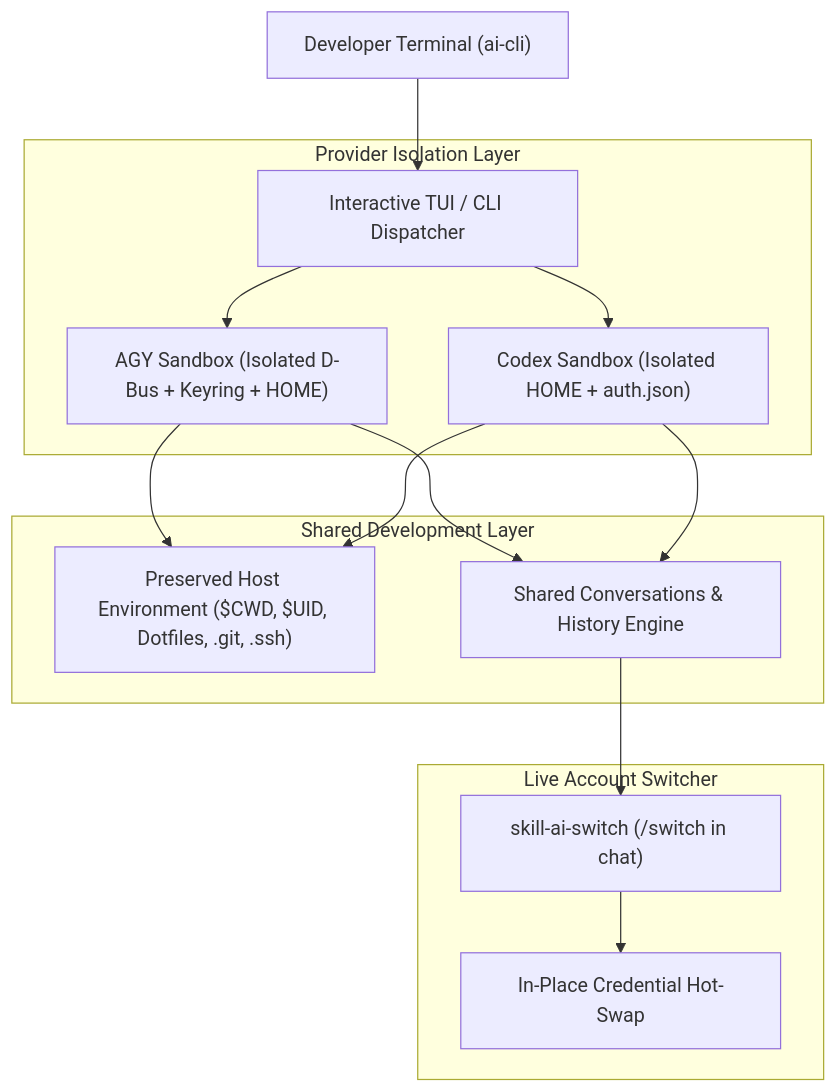
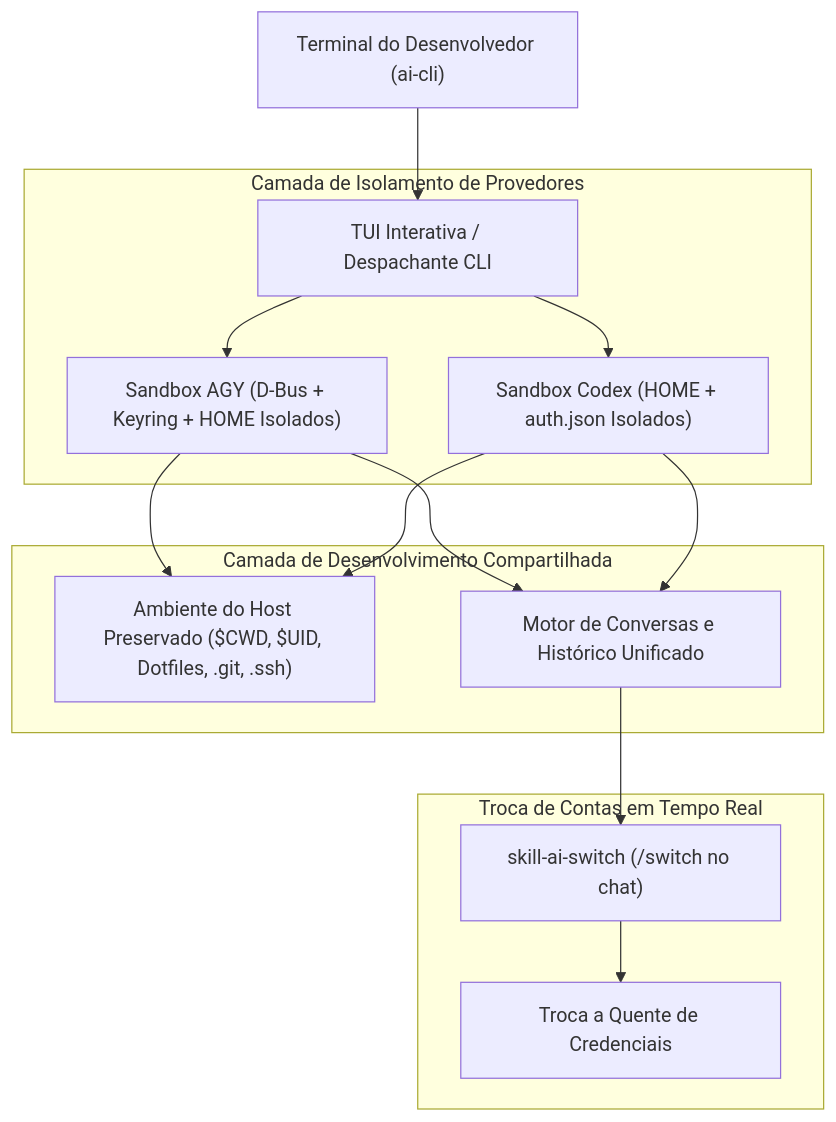
One commit to kivervinicius/ai-cli changed the diagram in README.md. Above: the diagram before and after it, drawn with Mermaid. The commit also changed other lines of this file and 1 other file, not shown here.

````diff
--- a/README.md
+++ b/README.md
@@ -162,21 +166,21 @@
 ```mermaid
 graph TD
-    User["Developer Terminal (ai-cli)"] --> TUI["Interactive TUI / CLI Dispatcher"]
+    User["Terminal do Desenvolvedor (ai-cli)"] --> TUI["TUI Interativa / Despachante CLI"]
     
-    subgraph "Provider Isolation Layer"
-        TUI --> AGY_Sand["AGY Sandbox (Isolated D-Bus + Keyring + HOME)"]
-        TUI --> CDX_Sand["Codex Sandbox (Isolated HOME + auth.json)"]
+    subgraph "Camada de Isolamento de Provedores"
+        TUI --> AGY_Sand["Sandbox AGY (D-Bus + Keyring + HOME Isolados)"]
+        TUI --> CDX_Sand["Sandbox Codex (HOME + auth.json Isolados)"]
     end
     
-    subgraph "Shared Development Layer"
-        AGY_Sand --> HostEnv["Preserved Host Environment ($CWD, $UID, Dotfiles, .git, .ssh)"]
+    subgraph "Camada de Desenvolvimento Compartilhada"
+        AGY_Sand --> HostEnv["Ambiente do Host Preservado ($CWD, $UID, Dotfiles, .git, .ssh)"]
         CDX_Sand --> HostEnv
-        AGY_Sand --> ConvEngine["Shared Conversations & History Engine"]
+        AGY_Sand --> ConvEngine["Motor de Conversas e Histórico Unificado"]
         CDX_Sand --> ConvEngine
     end
     
-    subgraph "Live Account Switcher"
-        ConvEngine --> Skill["skill-ai-switch (/switch in chat)"]
-        Skill --> InPlaceSwap["In-Place Credential Hot-Swap"]
+    subgraph "Troca de Contas em Tempo Real"
+        ConvEngine --> Skill["skill-ai-switch (/switch no chat)"]
+        Skill --> InPlaceSwap["Troca a Quente de Credenciais"]
     end
 ```
````
